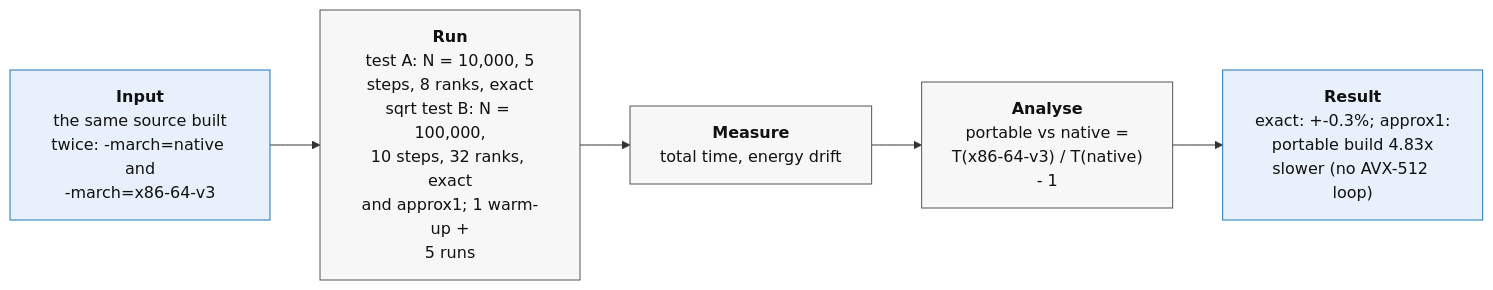
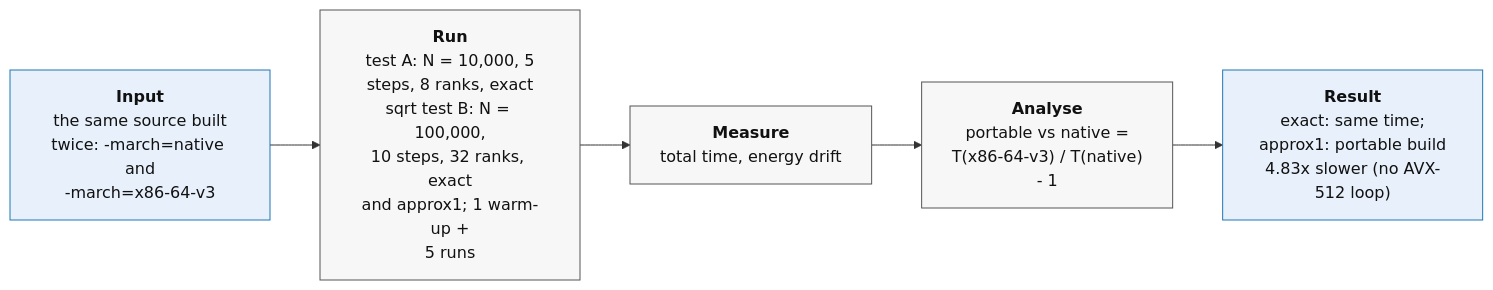
One commit to emmadariol/HPC_exam changed diagram 12 of 16 in Nbody_serial/FINAL_REPORT.md. Above: the diagram before and after it, drawn with Mermaid. The commit also changed other lines of this file, not shown here.

````diff
--- a/Nbody_serial/FINAL_REPORT.md
+++ b/Nbody_serial/FINAL_REPORT.md
@@ -869,13 +862,13 @@
 ```mermaid
 flowchart LR
   A["<b>Input</b><br/>the same source built<br/>twice: -march=native and<br/>-march=x86-64-v3"]
   B["<b>Run</b><br/>test A: N = 10,000, 5<br/>steps, 8 ranks, exact<br/>sqrt test B: N = 100,000,<br/>10 steps, 32 ranks, exact<br/>and approx1; 1 warm-up +<br/>5 runs"]
   C["<b>Measure</b><br/>total time, energy drift"]
   D["<b>Analyse</b><br/>portable vs native =<br/>T(x86-64-v3) / T(native)<br/>- 1"]
-  E["<b>Result</b><br/>exact: +-0.3%; approx1:<br/>portable build 4.83x<br/>slower (no AVX-512 loop)"]
+  E["<b>Result</b><br/>exact: same time;<br/>approx1: portable build<br/>4.83x slower (no AVX-512 loop)"]
   A --> B --> C --> D --> E
   classDef io fill:#e8f1fb,stroke:#1f77b4,color:#111;
   classDef step fill:#f7f7f7,stroke:#555,color:#111;
   class A,E io;
   class B,C,D step;
 ```
````
